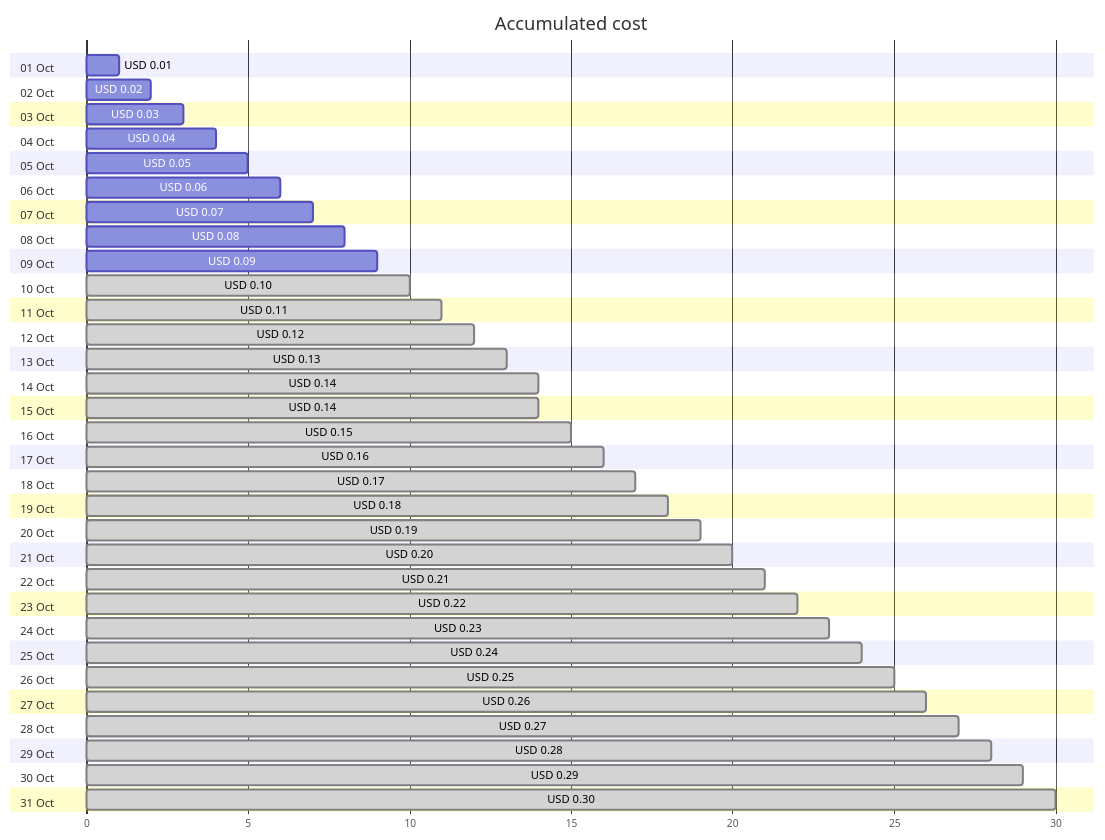
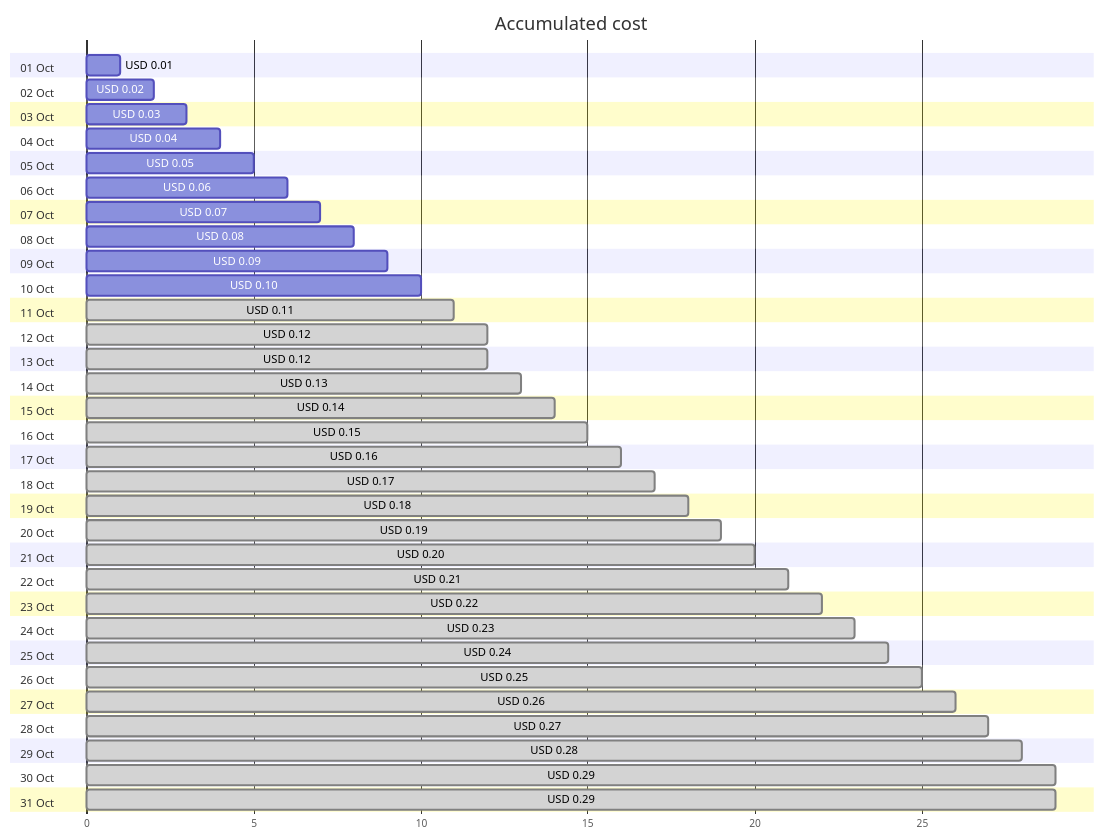
The first of 4 diagrams in cost-reports/cloud-shell-storage-eastus/README.md (jpfulton/azure-personal-reports), drawn with Mermaid before and after one commit. The commit also changed other lines of this file and 1 other file, not shown here.

````diff
--- a/cost-reports/cloud-shell-storage-eastus/README.md
+++ b/cost-reports/cloud-shell-storage-eastus/README.md
@@ -20,68 +20,68 @@
 ```mermaid
 gantt
    title Accumulated cost
    dateFormat  X
    axisFormat %s
    section 01 Oct
    USD 0.01 :0, 1
    section 02 Oct
    USD 0.02 :0, 2
    section 03 Oct
    USD 0.03 :0, 3
    section 04 Oct
    USD 0.04 :0, 4
    section 05 Oct
    USD 0.05 :0, 5
    section 06 Oct
    USD 0.06 :0, 6
    section 07 Oct
    USD 0.07 :0, 7
    section 08 Oct
    USD 0.08 :0, 8
    section 09 Oct
    USD 0.09 :0, 9
    section 10 Oct
-   USD 0.10 : done, 0, 10
+   USD 0.10 :0, 10
    section 11 Oct
    USD 0.11 : done, 0, 11
    section 12 Oct
    USD 0.12 : done, 0, 12
    section 13 Oct
+   USD 0.12 : done, 0, 12
+   section 14 Oct
    USD 0.13 : done, 0, 13
-   section 14 Oct
-   USD 0.14 : done, 0, 14
    section 15 Oct
    USD 0.14 : done, 0, 14
    section 16 Oct
    USD 0.15 : done, 0, 15
    section 17 Oct
    USD 0.16 : done, 0, 16
    section 18 Oct
    USD 0.17 : done, 0, 17
    section 19 Oct
    USD 0.18 : done, 0, 18
    section 20 Oct
    USD 0.19 : done, 0, 19
    section 21 Oct
    USD 0.20 : done, 0, 20
    section 22 Oct
    USD 0.21 : done, 0, 21
    section 23 Oct
    USD 0.22 : done, 0, 22
    section 24 Oct
    USD 0.23 : done, 0, 23
    section 25 Oct
    USD 0.24 : done, 0, 24
    section 26 Oct
    USD 0.25 : done, 0, 25
    section 27 Oct
    USD 0.26 : done, 0, 26
    section 28 Oct
    USD 0.27 : done, 0, 27
    section 29 Oct
    USD 0.28 : done, 0, 28
    section 30 Oct
    USD 0.29 : done, 0, 29
    section 31 Oct
-   USD 0.30 : done, 0, 30
+   USD 0.29 : done, 0, 29
 ```
````
